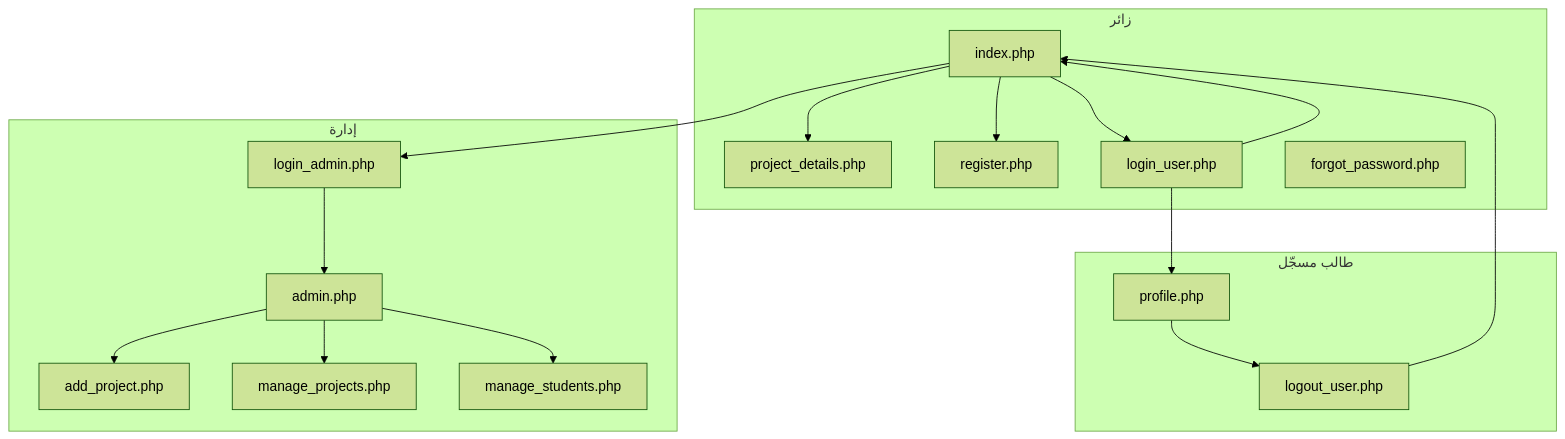
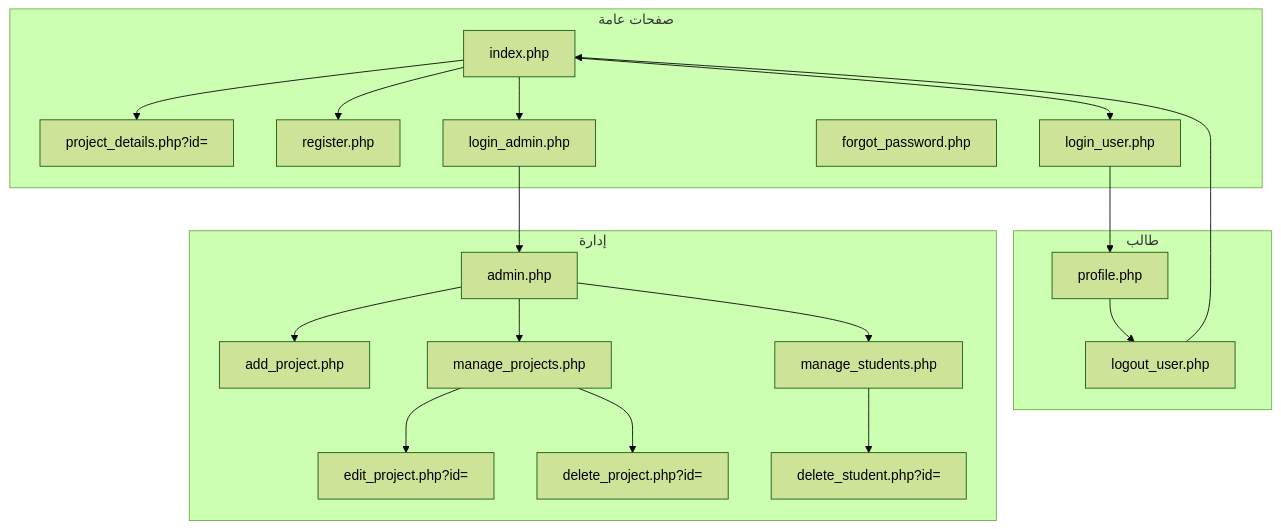
One commit to iksasa15/test1 changed the first of 5 diagrams in PAGE-SKETCHES.md. Above: the diagram before and after it, drawn with Mermaid (forest theme). The commit also changed other lines of this file, not shown here.

````diff
--- a/PAGE-SKETCHES.md
+++ b/PAGE-SKETCHES.md
@@ -25,33 +66,38 @@
 ```mermaid
 flowchart TB
-    subgraph public [زائر]
-        I[index.php]
-        PD[project_details.php]
-        R[register.php]
-        LU[login_user.php]
-        FP[forgot_password.php]
+    subgraph public_pages [صفحات عامة]
+        IDX["index.php"]
+        DET["project_details.php?id="]
+        REG["register.php"]
+        LNU["login_user.php"]
+        FGP["forgot_password.php"]
+        LNA["login_admin.php"]
     end
-    subgraph student [طالب مسجّل]
-        P[profile.php]
-        LO[logout_user.php]
+    subgraph student_pages [طالب]
+        PRF["profile.php"]
+        OUT["logout_user.php"]
     end
-    subgraph admin [إدارة]
-        LA[login_admin.php]
-        A[admin.php]
-        AP[add_project.php]
-        MP[manage_projects.php]
-        MS[manage_students.php]
+    subgraph admin_pages [إدارة]
+        ADM["admin.php"]
+        ADD["add_project.php"]
+        EDT["edit_project.php?id="]
+        MNP["manage_projects.php"]
+        DELP["delete_project.php?id="]
+        MNS["manage_students.php"]
+        DELS["delete_student.php?id="]
     end
-    I --> PD
-    I --> LU
-    I --> R
-    LU --> I
-    LU --> P
-    P --> LO
-    LO --> I
-    I --> LA
-    LA --> A
-    A --> AP
-    A --> MP
-    A --> MS
+    IDX --> DET
+    IDX --> REG
+    IDX --> LNU
+    IDX --> LNA
+    LNU --> PRF
+    PRF --> OUT
+    OUT --> IDX
+    LNA --> ADM
+    ADM --> ADD
+    ADM --> MNP
+    ADM --> MNS
+    MNP --> EDT
+    MNP --> DELP
+    MNS --> DELS
 ```
````
